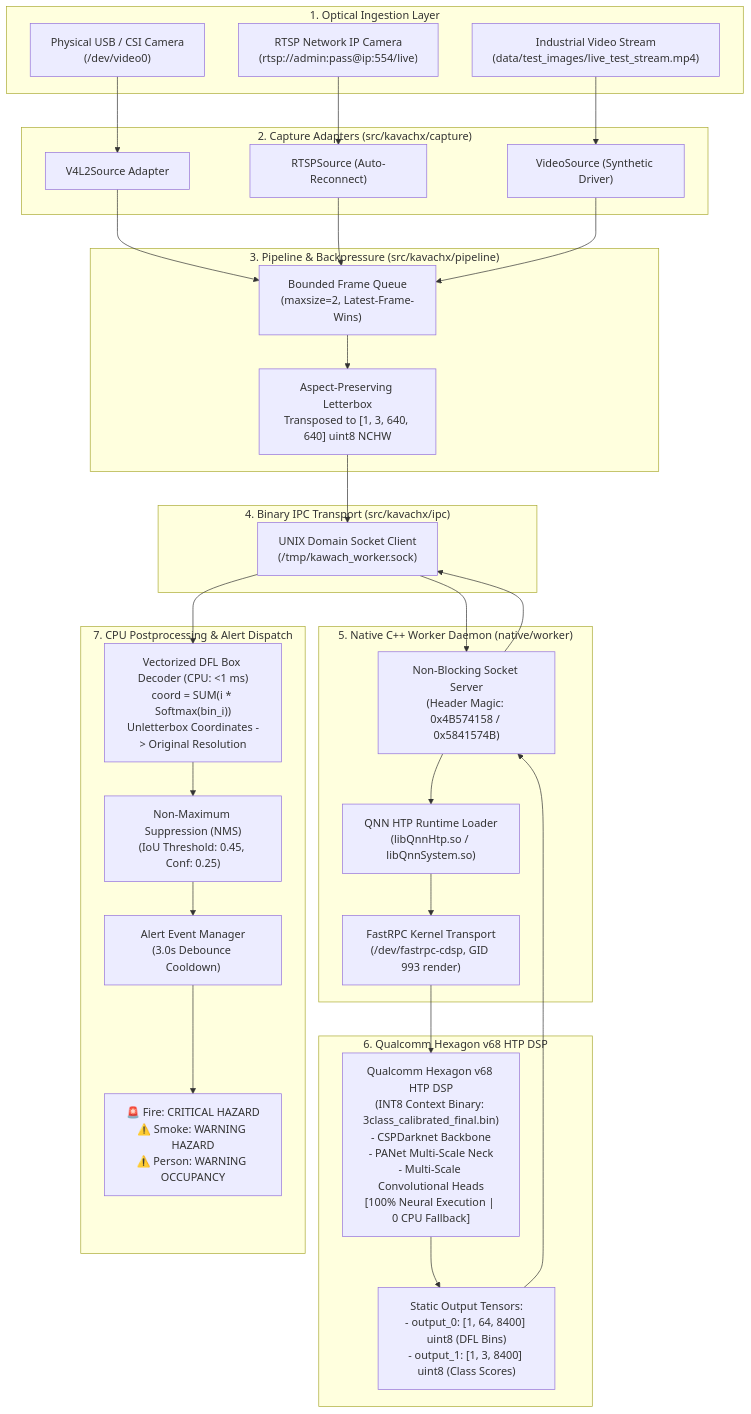
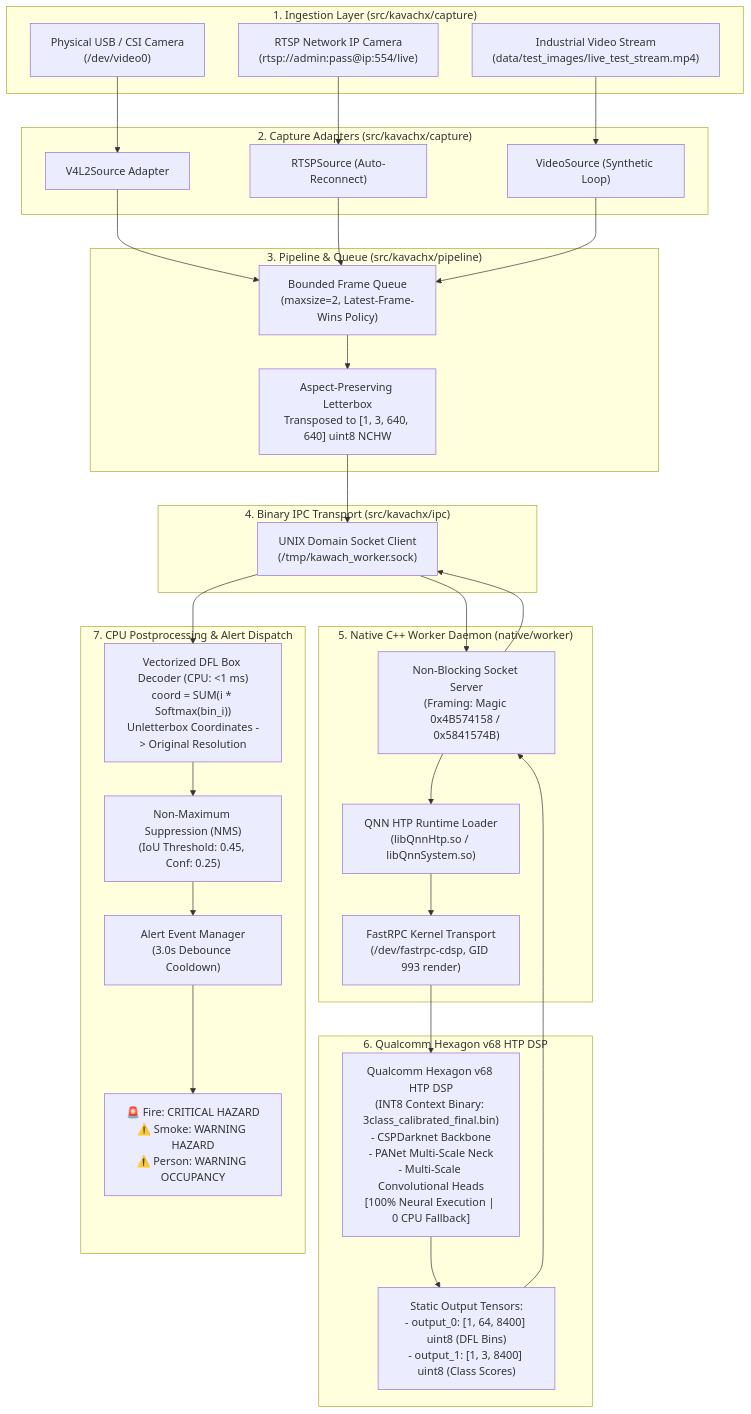
Before and after one commit to jasminbabariya22-eng/KavachX-Real-Time-Hazard-Person-Perception-System: the first of 12 diagrams in docs/FULL_PROJECT_DOCUMENTATION.md, drawn with Mermaid. The commit also changed other lines of this file, not shown here.

````diff
--- a/docs/FULL_PROJECT_DOCUMENTATION.md
+++ b/docs/FULL_PROJECT_DOCUMENTATION.md
@@ -25,43 +78,43 @@
 ```mermaid
 flowchart TD
-    subgraph INGESTION["1. Optical Ingestion Layer"]
+    subgraph INGESTION["1. Ingestion Layer (src/kavachx/capture)"]
         CAM_V4L2["Physical USB / CSI Camera\n(/dev/video0)"]
         CAM_RTSP["RTSP Network IP Camera\n(rtsp://admin:pass@ip:554/live)"]
         CAM_FILE["Industrial Video Stream\n(data/test_images/live_test_stream.mp4)"]
     end
 
     subgraph ADAPTERS["2. Capture Adapters (src/kavachx/capture)"]
         CAM_V4L2 --> V4L2_SRC["V4L2Source Adapter"]
         CAM_RTSP --> RTSP_SRC["RTSPSource (Auto-Reconnect)"]
-        CAM_FILE --> VIDEO_SRC["VideoSource (Synthetic Driver)"]
+        CAM_FILE --> VIDEO_SRC["VideoSource (Synthetic Loop)"]
     end
 
-    subgraph PIPELINE["3. Pipeline & Backpressure (src/kavachx/pipeline)"]
-        V4L2_SRC & RTSP_SRC & VIDEO_SRC --> BQ["Bounded Frame Queue\n(maxsize=2, Latest-Frame-Wins)"]
+    subgraph PIPELINE["3. Pipeline & Queue (src/kavachx/pipeline)"]
+        V4L2_SRC & RTSP_SRC & VIDEO_SRC --> BQ["Bounded Frame Queue\n(maxsize=2, Latest-Frame-Wins Policy)"]
         BQ --> PREPROC["Aspect-Preserving Letterbox\nTransposed to [1, 3, 640, 640] uint8 NCHW"]
     end
 
     subgraph IPC_LAYER["4. Binary IPC Transport (src/kavachx/ipc)"]
         PREPROC --> IPC_CLI["UNIX Domain Socket Client\n(/tmp/kawach_worker.sock)"]
     end
 
     subgraph NATIVE_WORKER["5. Native C++ Worker Daemon (native/worker)"]
-        IPC_CLI --> IPC_SRV["Non-Blocking Socket Server\n(Header Magic: 0x4B574158 / 0x5841574B)"]
+        IPC_CLI --> IPC_SRV["Non-Blocking Socket Server\n(Framing: Magic 0x4B574158 / 0x5841574B)"]
         IPC_SRV --> QNN_LOADER["QNN HTP Runtime Loader\n(libQnnHtp.so / libQnnSystem.so)"]
         QNN_LOADER --> FASTRPC["FastRPC Kernel Transport\n(/dev/fastrpc-cdsp, GID 993 render)"]
     end
 
     subgraph HARDWARE_DSP["6. Qualcomm Hexagon v68 HTP DSP"]
         FASTRPC --> HTP_DSP["Qualcomm Hexagon v68 HTP DSP\n(INT8 Context Binary: 3class_calibrated_final.bin)\n- CSPDarknet Backbone\n- PANet Multi-Scale Neck\n- Multi-Scale Convolutional Heads\n[100% Neural Execution | 0 CPU Fallback]"]
         HTP_DSP --> TENSOR_OUT["Static Output Tensors:\n- output_0: [1, 64, 8400] uint8 (DFL Bins)\n- output_1: [1, 3, 8400] uint8 (Class Scores)"]
     end
 
     subgraph POSTPROCESSING["7. CPU Postprocessing & Alert Dispatch"]
         TENSOR_OUT --> IPC_SRV
         IPC_SRV --> IPC_CLI
         IPC_CLI --> DFL_DEC["Vectorized DFL Box Decoder (CPU: <1 ms)\ncoord = SUM(i * Softmax(bin_i))\nUnletterbox Coordinates -> Original Resolution"]
         DFL_DEC --> NMS["Non-Maximum Suppression (NMS)\n(IoU Threshold: 0.45, Conf: 0.25)"]
         NMS --> EVENT_MGR["Alert Event Manager\n(3.0s Debounce Cooldown)"]
         EVENT_MGR --> ALERTS["🚨 Fire: CRITICAL HAZARD\n⚠️ Smoke: WARNING HAZARD\n⚠️ Person: WARNING OCCUPANCY"]
     end
 ```
````
